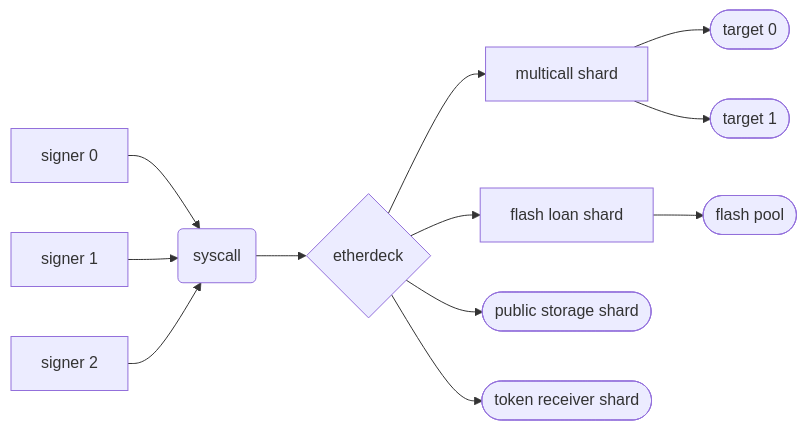
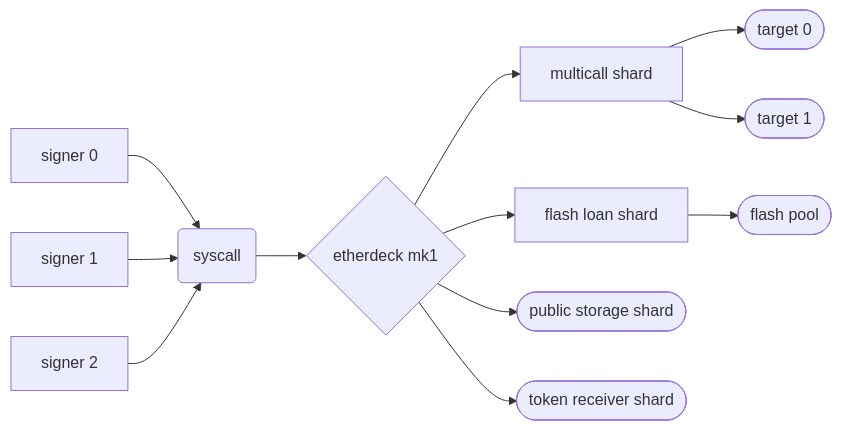
The first of 2 diagrams in README.md (jtriley-eth/ether-deck), drawn with Mermaid before and after one commit. The commit also changed other lines of this file and 4 other files, not shown here.

````diff
--- a/README.md
+++ b/README.md
@@ -5,27 +5,27 @@
 ```mermaid
 flowchart LR
     s0[signer 0]
     s1[signer 1]
     s2[signer 2]
     sc(syscall)
-    deck{etherdeck}
+    deck{etherdeck mk1}
     mcs[multicall shard]
     fls[flash loan shard]
     pss([public storage shard])
     recv([token receiver shard])
     e0([target 0])
     e1([target 1])
     p0([flash pool])
 
     s0 --> sc
     s1 --> sc
     s2 --> sc
     sc --> deck
     deck --> recv
     deck --> mcs
     deck --> pss
     deck --> fls
     mcs --> e0
     mcs --> e1
     fls --> p0
 ```
````
